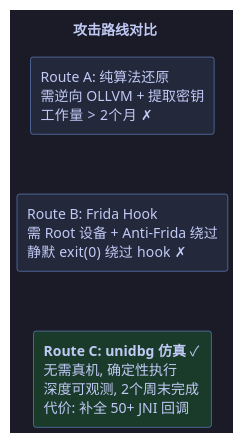
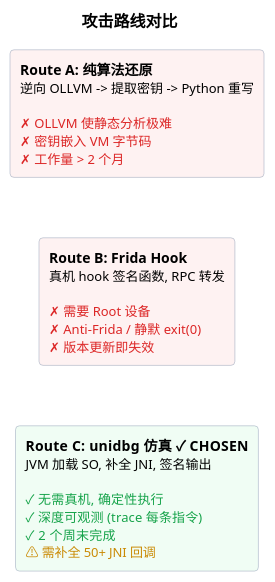
One commit to overkazaf/blogs changed the diagram in static/images/sixgod/attack_routes.puml. Above: the diagram before and after it, drawn with PlantUML. The commit also changed 9 other files, not shown here.

First line of the commit message:
Redesign all PlantUML diagrams: white bg, high contrast, unified palette

```diff
--- a/static/images/sixgod/attack_routes.puml
+++ b/static/images/sixgod/attack_routes.puml
@@ -1,18 +1,22 @@
 @startuml
-skinparam backgroundColor #1a1b26
-skinparam defaultFontColor #c0caf5
-skinparam rectangleBackgroundColor #24283b
-skinparam rectangleBorderColor #7aa2f7
-skinparam arrowColor #7aa2f7
-skinparam noteBackgroundColor #2d3149
-skinparam noteBorderColor #e0af68
+skinparam backgroundColor #FFFFFF
+skinparam defaultFontName "Segoe UI,Helvetica,Arial,sans-serif"
+skinparam defaultFontSize 13
+skinparam shadowing false
+skinparam roundCorner 8
+skinparam rectangleBackgroundColor #f1f5f9
+skinparam rectangleBorderColor #94a3b8
+skinparam arrowColor #3b82f6
 
-title 攻击路线对比
+title <font size=16><b>攻击路线对比</b></font>
 
-rectangle "Route A: 纯算法还原\n需逆向 OLLVM + 提取密钥\n工作量 > 2个月  ✗" as A
-rectangle "Route B: Frida Hook\n需 Root 设备 + Anti-Frida 绕过\n静默 exit(0) 绕过 hook  ✗" as B
-rectangle "**Route C: unidbg 仿真** ✓\n无需真机, 确定性执行\n深度可观测, 2个周末完成\n代价: 补全 50+ JNI 回调" as C #1a3a2a
+rectangle "<font size=14><b>Route A: 纯算法还原</b></font>\n逆向 OLLVM -> 提取密钥 -> Python 重写\n\n<font color=#dc2626>✗ OLLVM 使静态分析极难</font>\n<font color=#dc2626>✗ 密钥嵌入 VM 字节码</font>\n<font color=#dc2626>✗ 工作量 > 2 个月</font>" as A #fef2f2
+
+rectangle "<font size=14><b>Route B: Frida Hook</b></font>\n真机 hook 签名函数, RPC 转发\n\n<font color=#dc2626>✗ 需要 Root 设备</font>\n<font color=#dc2626>✗ Anti-Frida / 静默 exit(0)</font>\n<font color=#dc2626>✗ 版本更新即失效</font>" as B #fef2f2
+
+rectangle "<font size=14><b>Route C: unidbg 仿真  ✓ CHOSEN</b></font>\nJVM 加载 SO, 补全 JNI, 签名输出\n\n<font color=#16a34a>✓ 无需真机, 确定性执行</font>\n<font color=#16a34a>✓ 深度可观测 (trace 每条指令)</font>\n<font color=#16a34a>✓ 2 个周末完成</font>\n<font color=#ca8a04>⚠ 需补全 50+ JNI 回调</font>" as C #f0fdf4
 
 A -[hidden]down- B
 B -[hidden]down- C
+
 @enduml
```
